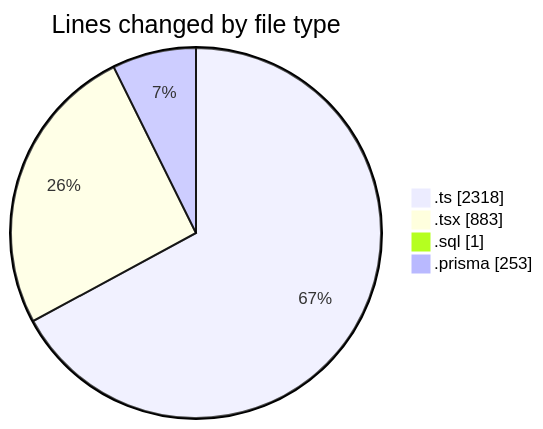
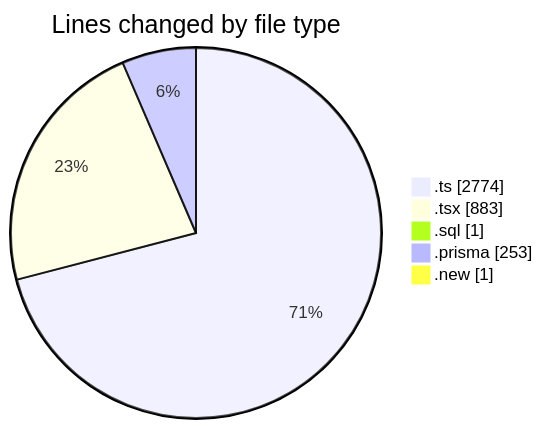
The first of 2 diagrams in 2025-06-03/ecodeli-1/README.md (CELIANVF/code-tracking), drawn with Mermaid before and after one commit. The commit also changed other lines of this file and 1 other file, not shown here.

````diff
--- a/2025-06-03/ecodeli-1/README.md
+++ b/2025-06-03/ecodeli-1/README.md
@@ -40,8 +42,9 @@
 ```mermaid
 pie showData
 title Lines changed by file type
-".ts" : 2318
+".ts" : 2774
 ".tsx" : 883
 ".sql" : 1
 ".prisma" : 253
+".new" : 1
 ```
````
